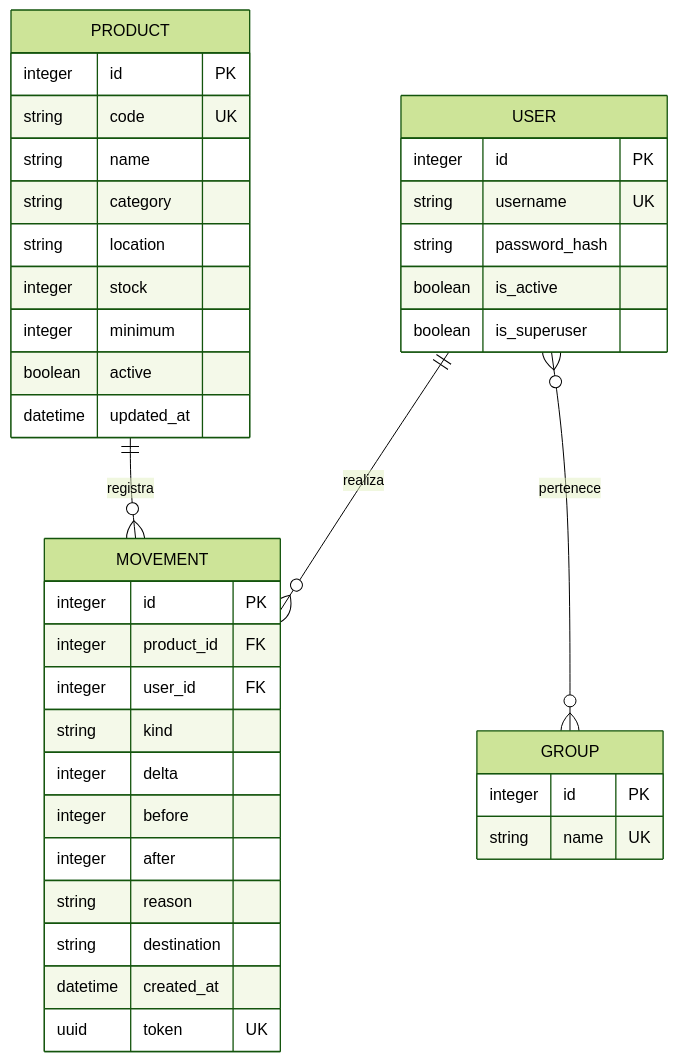
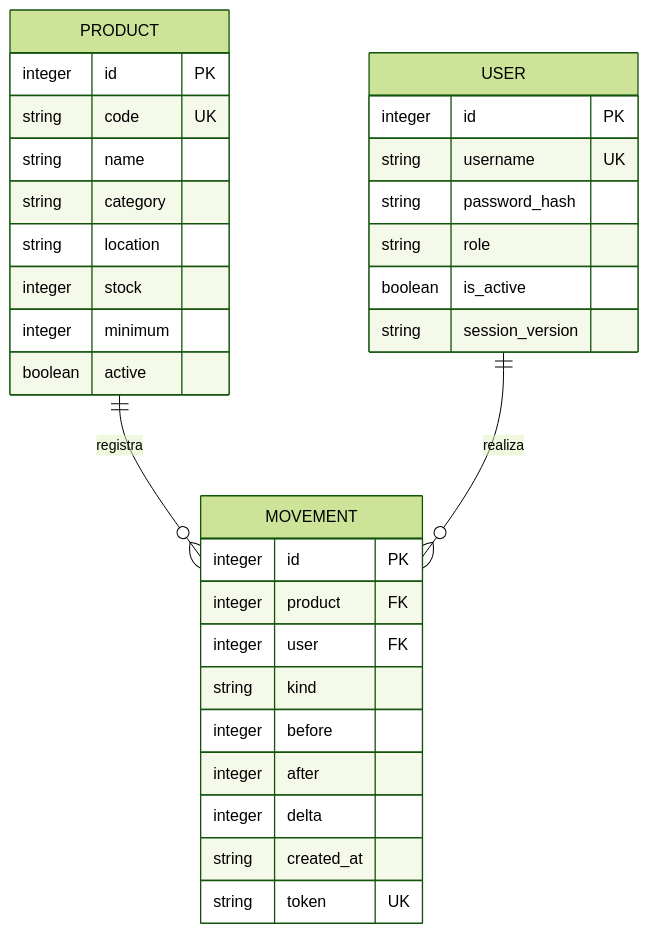
Before and after one commit to PabloDoussang/SoundStock: the diagram in docs/MODELO_DATOS.md, drawn with Mermaid (forest theme). The commit also changed other lines of this file and 25 other files, not shown here.

````diff
--- a/docs/MODELO_DATOS.md
+++ b/docs/MODELO_DATOS.md
@@ -43,41 +47,34 @@
 ```mermaid
 erDiagram
     PRODUCT ||--o{ MOVEMENT : registra
     USER ||--o{ MOVEMENT : realiza
-    USER }o--o{ GROUP : pertenece
     PRODUCT {
         integer id PK
         string code UK
         string name
         string category
         string location
         integer stock
         integer minimum
         boolean active
-        datetime updated_at
     }
     MOVEMENT {
         integer id PK
-        integer product_id FK
-        integer user_id FK
+        integer product FK
+        integer user FK
         string kind
-        integer delta
         integer before
         integer after
-        string reason
-        string destination
-        datetime created_at
-        uuid token UK
+        integer delta
+        string created_at
+        string token UK
     }
     USER {
         integer id PK
         string username UK
         string password_hash
+        string role
         boolean is_active
-        boolean is_superuser
-    }
-    GROUP {
-        integer id PK
-        string name UK
+        string session_version
     }
 ```
````
